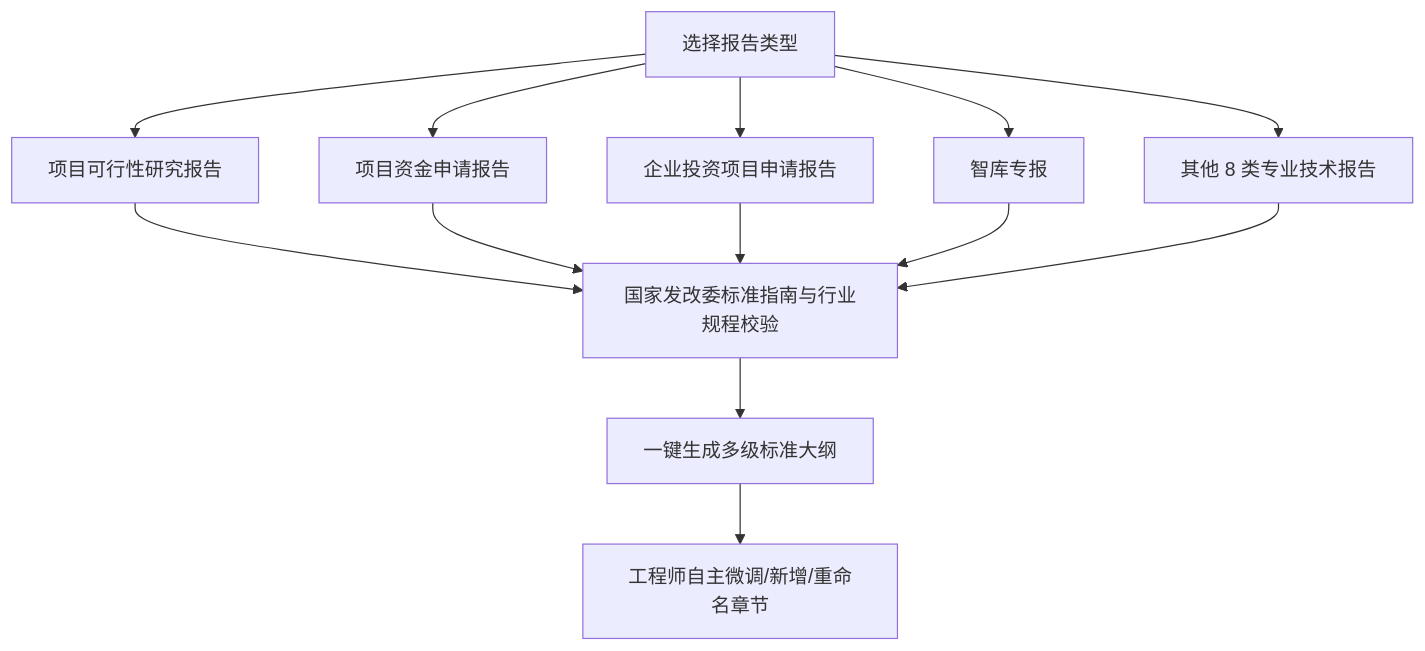
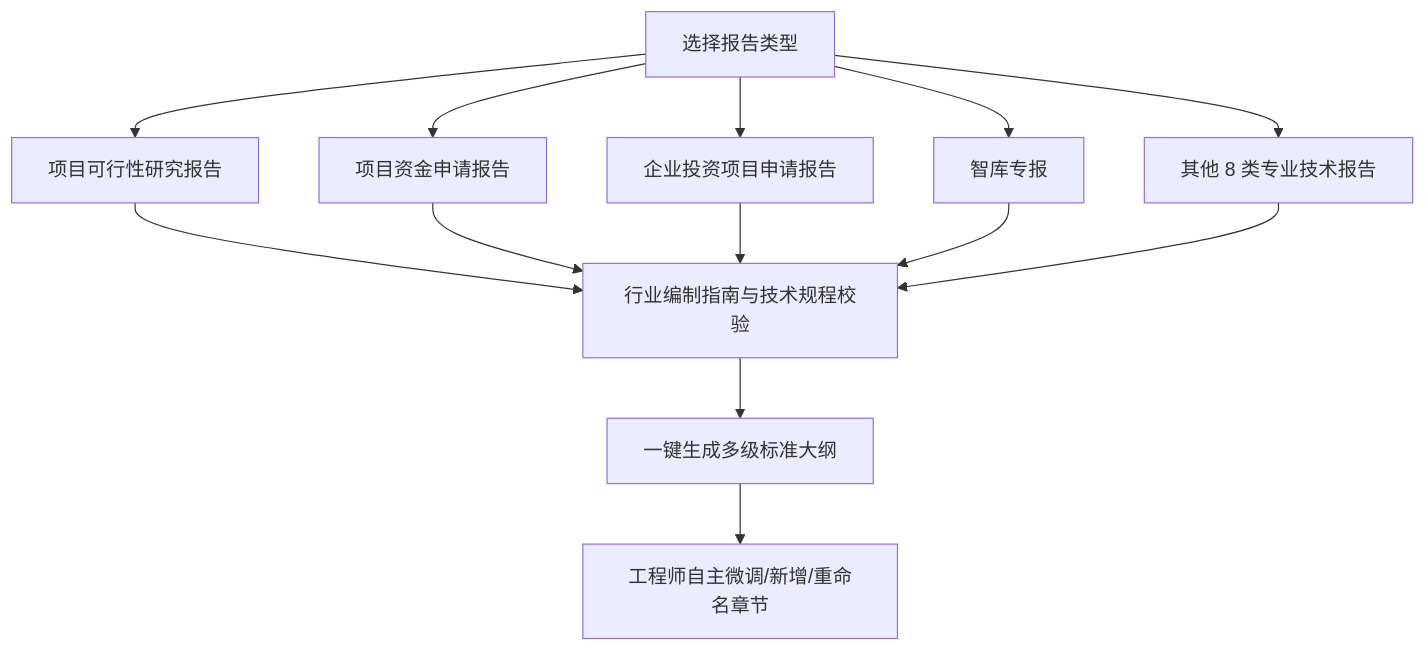
The diagram in site/docs/pipeline.md (atalanta0505/FairyReport), drawn with Mermaid before and after one commit. The commit also changed other lines of this file and 15 other files, not shown here.

````diff
--- a/site/docs/pipeline.md
+++ b/site/docs/pipeline.md
@@ -26,15 +26,15 @@
 ```mermaid
 graph TD
     A[选择报告类型] --> B1[项目可行性研究报告]
     A --> B2[项目资金申请报告]
     A --> B3[企业投资项目申请报告]
     A --> B4[智库专报]
     A --> B5[其他 8 类专业技术报告]
-    B1 --> C[国家发改委标准指南与行业规程校验]
+    B1 --> C[行业编制指南与技术规程校验]
     B2 --> C
     B3 --> C
     B4 --> C
     B5 --> C
     C --> D[一键生成多级标准大纲]
     D --> E[工程师自主微调/新增/重命名章节]
 ```
````
